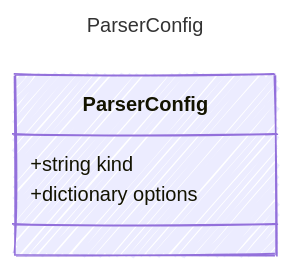
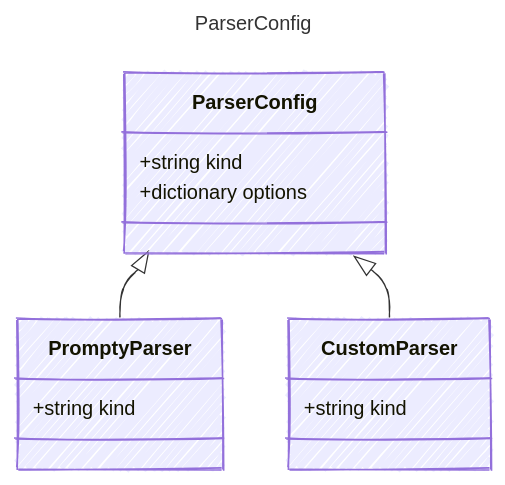
The diagram in web/src/content/docs/reference/ParserConfig.md (microsoft/prompty), drawn with Mermaid before and after one commit. The commit also changed other lines of this file and 543 other files, not shown here.

````diff
--- a/web/src/content/docs/reference/ParserConfig.md
+++ b/web/src/content/docs/reference/ParserConfig.md
@@ -12,15 +13,23 @@
 ```mermaid
 ---
 title: ParserConfig
 config:
   look: handDrawn
   theme: colorful
   class:
     hideEmptyMembersBox: true
 ---
 classDiagram
     class ParserConfig {
         +string kind
         +dictionary options
     }
+    class PromptyParser {
+        +string kind
+    }
+    ParserConfig <|-- PromptyParser
+    class CustomParser {
+        +string kind
+    }
+    ParserConfig <|-- CustomParser
 ```
````
